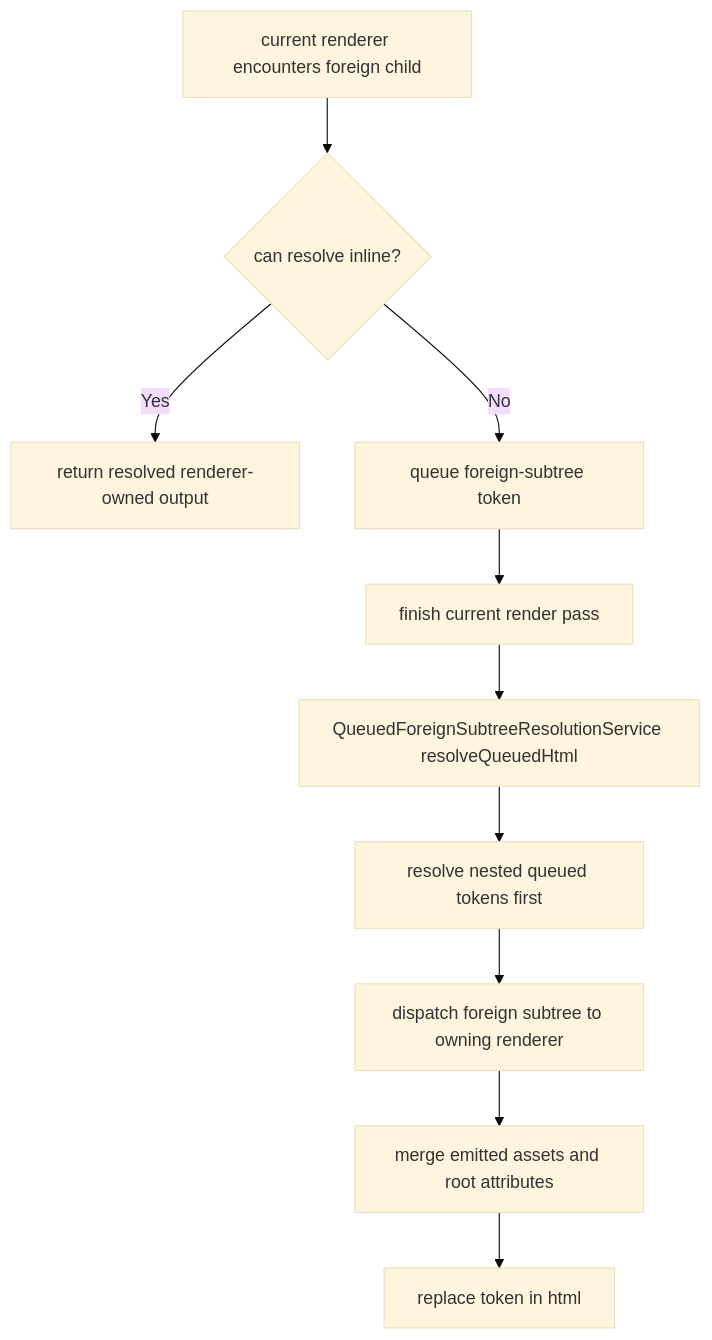
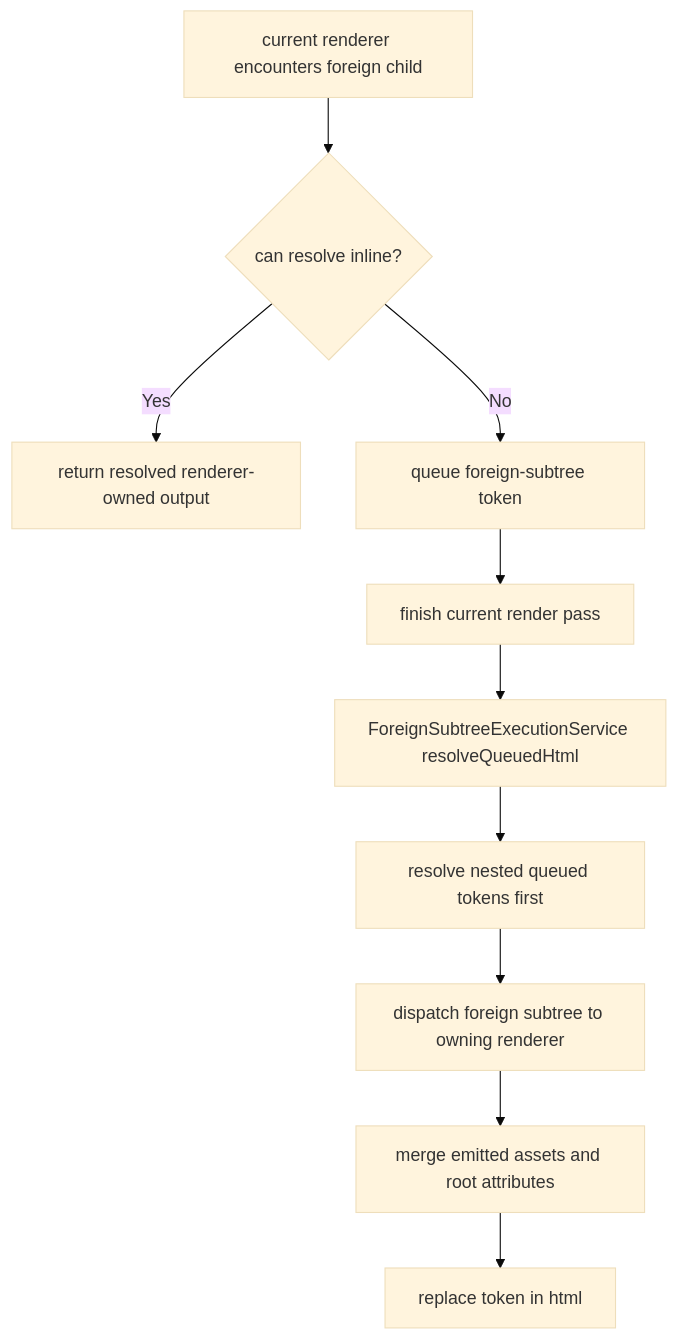
The fourth of 5 diagrams in packages/core/src/route-renderer/GRAPH.md (ecopages/ecopages), drawn with Mermaid (base theme) before and after one commit. The commit also changed 7 other files, not shown here.

````diff
--- a/packages/core/src/route-renderer/GRAPH.md
+++ b/packages/core/src/route-renderer/GRAPH.md
@@ -82,12 +82,12 @@
 ```mermaid
 flowchart TD
   A[current renderer encounters foreign child] --> B{can resolve inline?}
   B -- Yes --> C[return resolved renderer-owned output]
   B -- No --> D[queue foreign-subtree token]
   D --> E[finish current render pass]
-  E --> F[QueuedForeignSubtreeResolutionService resolveQueuedHtml]
+  E --> F[ForeignSubtreeExecutionService resolveQueuedHtml]
   F --> G[resolve nested queued tokens first]
   G --> H[dispatch foreign subtree to owning renderer]
   H --> I[merge emitted assets and root attributes]
   I --> J[replace token in html]
 ```
````
